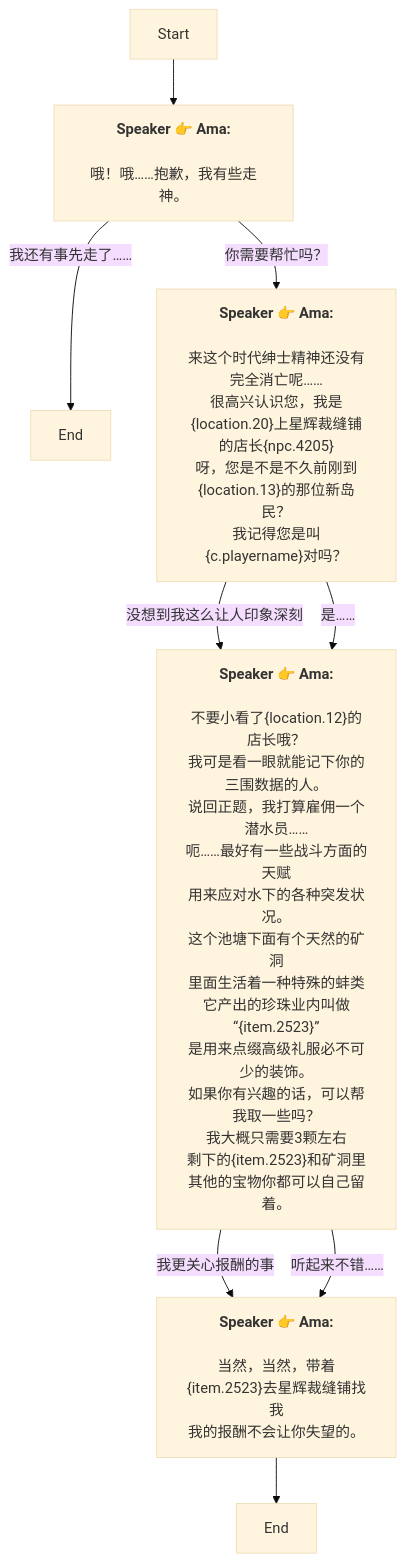
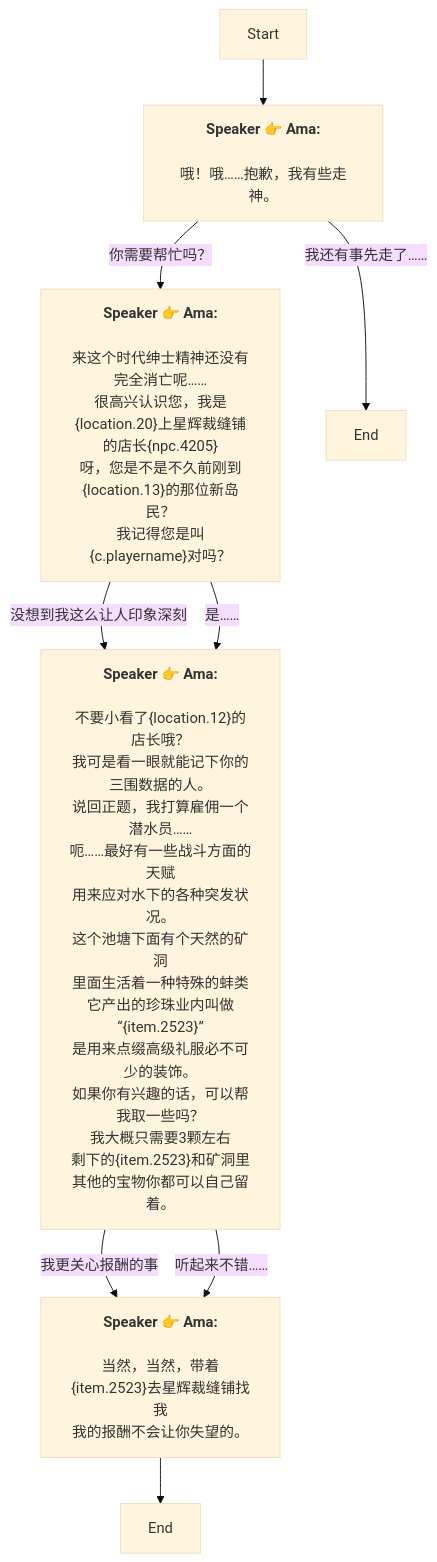
Before and after one commit to SoftHu/tos_avg: the diagram in Zh/Dialog_55200027322565.md, drawn with Mermaid (base theme). The commit also changed other lines of this file and 730 other files, not shown here.

````diff
--- a/Zh/Dialog_55200027322565.md
+++ b/Zh/Dialog_55200027322565.md
@@ -1,36 +1,36 @@
 ```mermaid
 graph
 Start -->1766400910248730[<b>Speaker 👉 Ama:</b>
 \n哦！哦……抱歉，我有些走神。]
-1766400910248730 -->|我还有事先走了……|1766400910257960[End]
 1766400910248730 -->|你需要帮忙吗？|1766400910250782[<b>Speaker 👉 Ama:</b>
 \n来这个时代绅士精神还没有完全消亡呢……
 很高兴认识您，我是&lbrace;location.20&rbrace;上星辉裁缝铺的店长&lbrace;npc.4205&rbrace;\n呀，您是不是不久前刚到&lbrace;location.13&rbrace;的那位新岛民？
 我记得您是叫&lbrace;c.playername&rbrace;对吗？]
+1766400910248730 -->|我还有事先走了……|1766400910257960[End]
 1766400910250782 -->|没想到我这么让人印象深刻|1766400910254882[<b>Speaker 👉 Ama:</b>
 \n不要小看了&lbrace;location.12&rbrace;的店长哦？
 我可是看一眼就能记下你的三围数据的人。\n说回正题，我打算雇佣一个潜水员……
 呃……最好有一些战斗方面的天赋
 用来应对水下的各种突发状况。\n这个池塘下面有个天然的矿洞
 里面生活着一种特殊的蚌类\n它产出的珍珠业内叫做“&lbrace;item.2523&rbrace;”
 是用来点缀高级礼服必不可少的装饰。\n如果你有兴趣的话，可以帮我取一些吗？
 我大概只需要3颗左右
 剩下的&lbrace;item.2523&rbrace;和矿洞里其他的宝物你都可以自己留着。]
 1766400910250782 -->|是……|1766400910254882[<b>Speaker 👉 Ama:</b>
 \n不要小看了&lbrace;location.12&rbrace;的店长哦？
 我可是看一眼就能记下你的三围数据的人。\n说回正题，我打算雇佣一个潜水员……
 呃……最好有一些战斗方面的天赋
 用来应对水下的各种突发状况。\n这个池塘下面有个天然的矿洞
 里面生活着一种特殊的蚌类\n它产出的珍珠业内叫做“&lbrace;item.2523&rbrace;”
 是用来点缀高级礼服必不可少的装饰。\n如果你有兴趣的话，可以帮我取一些吗？
 我大概只需要3颗左右
 剩下的&lbrace;item.2523&rbrace;和矿洞里其他的宝物你都可以自己留着。]
 1766400910254882 -->|我更关心报酬的事|1766400910256934[<b>Speaker 👉 Ama:</b>
 \n当然，当然，带着&lbrace;item.2523&rbrace;去星辉裁缝铺找我
 我的报酬不会让你失望的。]
 1766400910254882 -->|听起来不错……|1766400910256934[<b>Speaker 👉 Ama:</b>
 \n当然，当然，带着&lbrace;item.2523&rbrace;去星辉裁缝铺找我
 我的报酬不会让你失望的。]
 1766400910256934 -->1766400910256935[End]
 
 ```
````
